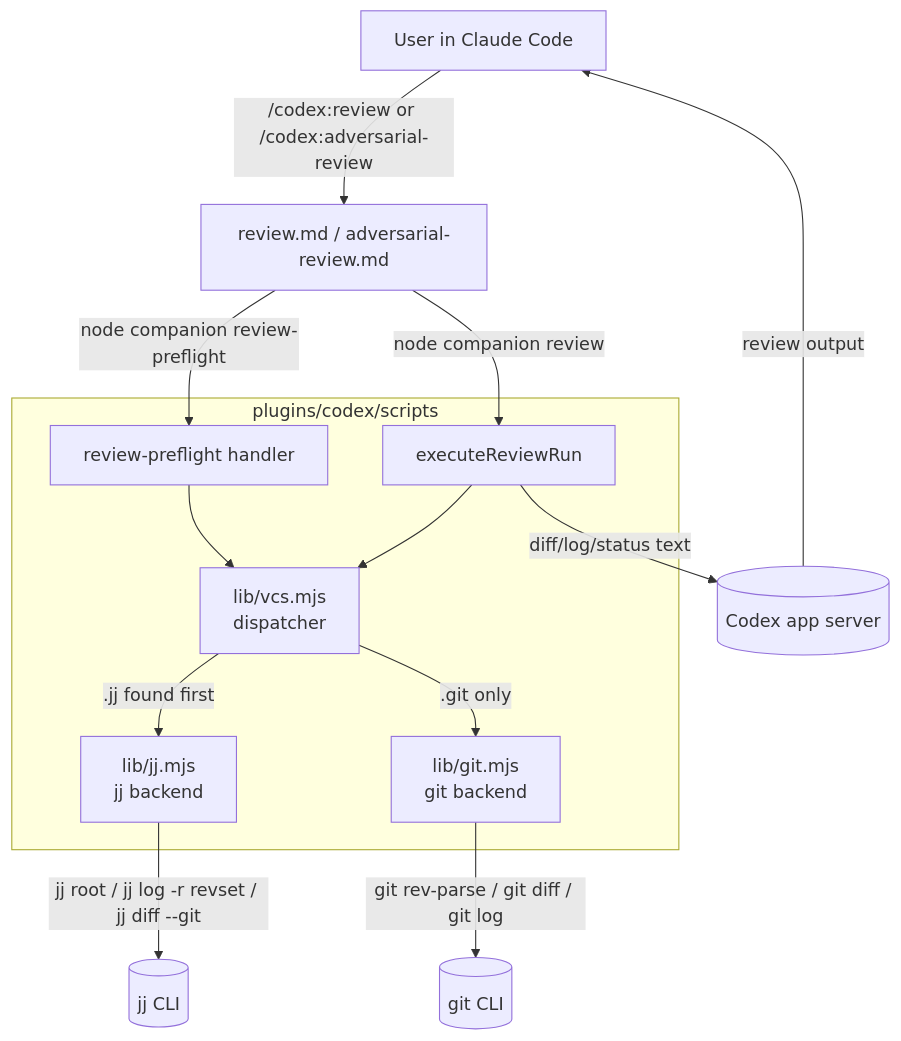
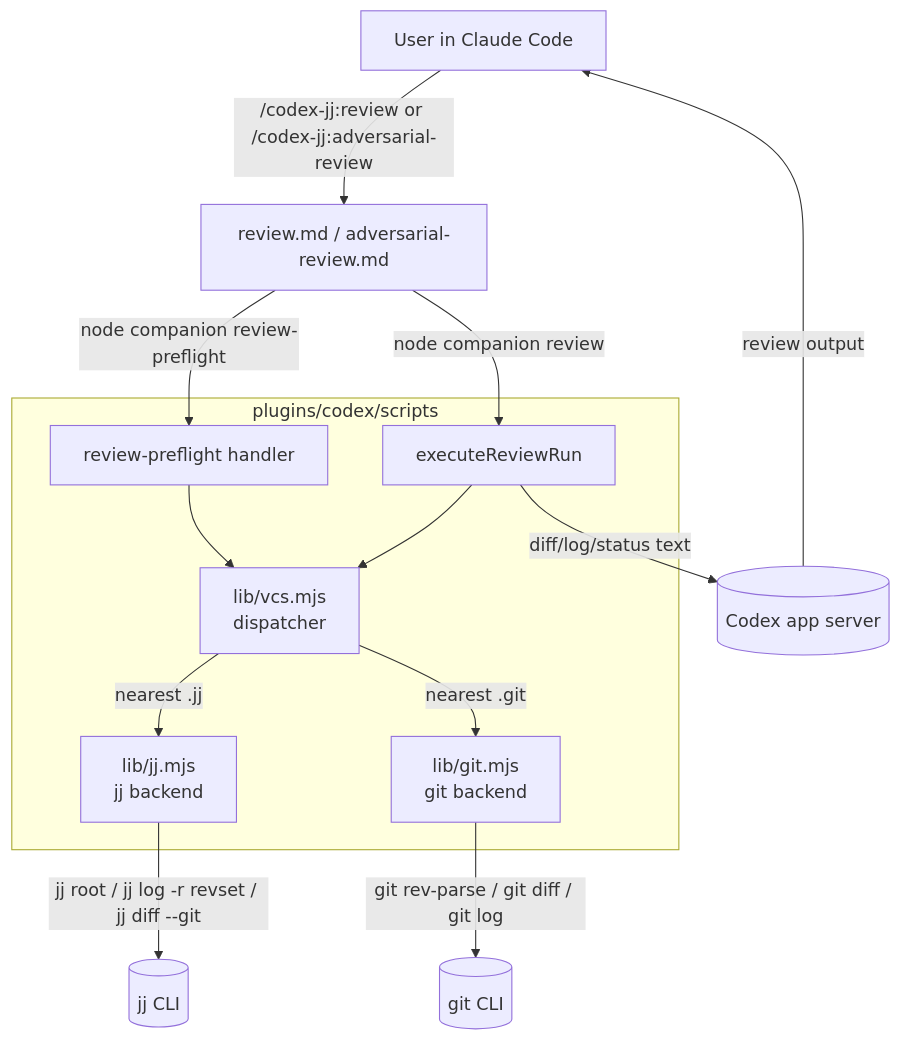
One commit to skeswa/codex-plugin-cc changed the diagram in README.md. Above: the diagram before and after it, drawn with Mermaid. The commit also changed other lines of this file and 18 other files, not shown here.

````diff
--- a/README.md
+++ b/README.md
@@ -24,25 +24,25 @@
 ```mermaid
 flowchart TB
     User[User in Claude Code]
-    User -->|/codex:review or /codex:adversarial-review| CommandMd[review.md / adversarial-review.md]
+    User -->|/codex-jj:review or /codex-jj:adversarial-review| CommandMd[review.md / adversarial-review.md]
 
     CommandMd -->|node companion review-preflight| Preflight[review-preflight handler]
     CommandMd -->|node companion review| ReviewRun[executeReviewRun]
 
     Preflight --> VCS
     ReviewRun --> VCS
 
     subgraph Companion[plugins/codex/scripts]
       Preflight
       ReviewRun
       VCS[lib/vcs.mjs<br/>dispatcher]
-      VCS -->|.jj found first| JJ[lib/jj.mjs<br/>jj backend]
-      VCS -->|.git only| Git[lib/git.mjs<br/>git backend]
+      VCS -->|nearest .jj| JJ[lib/jj.mjs<br/>jj backend]
+      VCS -->|nearest .git| Git[lib/git.mjs<br/>git backend]
     end
 
     JJ -->|jj root / jj log -r revset / jj diff --git| JJBin[(jj CLI)]
     Git -->|git rev-parse / git diff / git log| GitBin[(git CLI)]
 
     ReviewRun -->|diff/log/status text| Codex[(Codex app server)]
     Codex -->|review output| User
 ```
````
